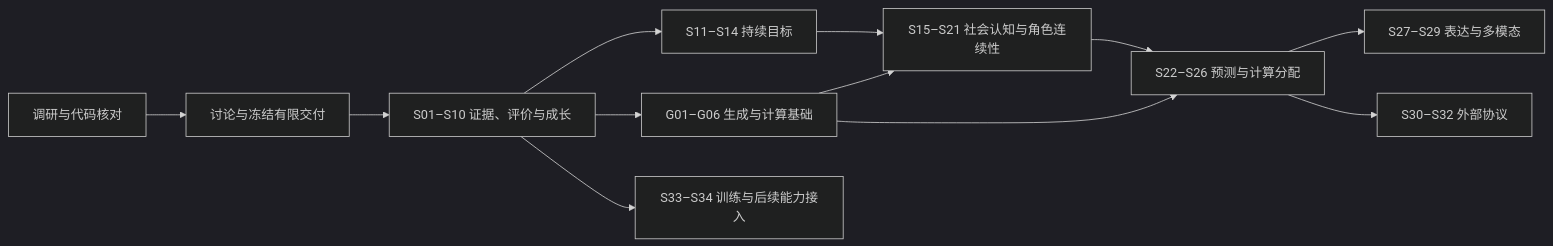
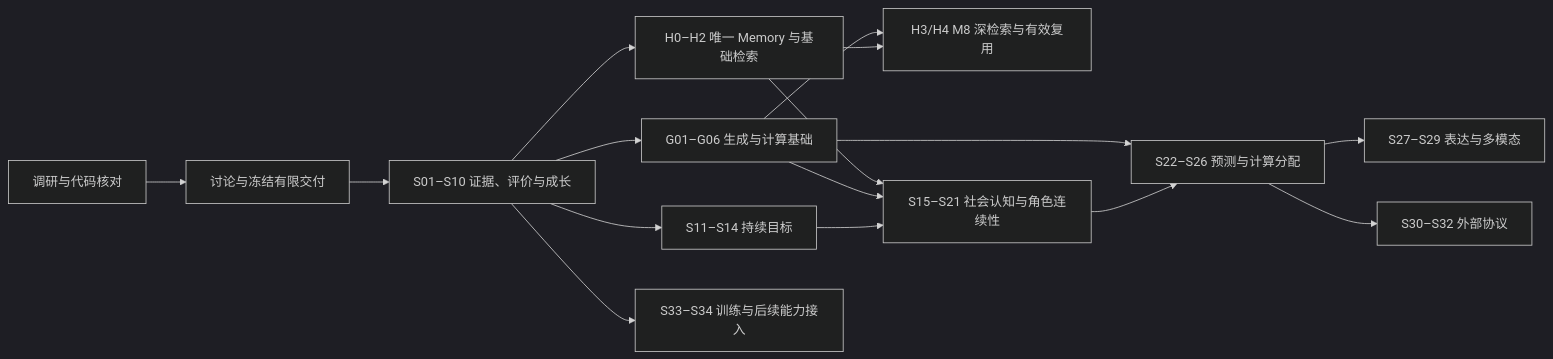
The diagram in plans/architecture/agent-intelligence-runtime/index.md (ZZZdragondYNGPHX/Atria), drawn with Mermaid (dark theme) before and after one commit. The commit also changed other lines of this file and 13 other files, not shown here.

````diff
--- a/plans/architecture/agent-intelligence-runtime/index.md
+++ b/plans/architecture/agent-intelligence-runtime/index.md
@@ -88,14 +94,18 @@
 ```mermaid
 flowchart LR
   D0[调研与代码核对] --> D1[讨论与冻结有限交付]
   D1 --> M1[S01–S10 证据、评价与成长]
   M1 --> M2[S11–S14 持续目标]
   M1 --> M8[G01–G06 生成与计算基础]
+  M1 --> HM1[H0–H2 唯一 Memory 与基础检索]
+  HM1 --> HM2[H3/H4 M8 深检索与有效复用]
+  M8 --> HM2
   M2 --> M3[S15–S21 社会认知与角色连续性]
   M8 --> M3
+  HM1 --> M3
   M3 --> M4[S22–S26 预测与计算分配]
   M8 --> M4
   M4 --> M5[S27–S29 表达与多模态]
   M4 --> M6[S30–S32 外部协议]
   M1 --> M7[S33–S34 训练与后续能力接入]
 ```
````
